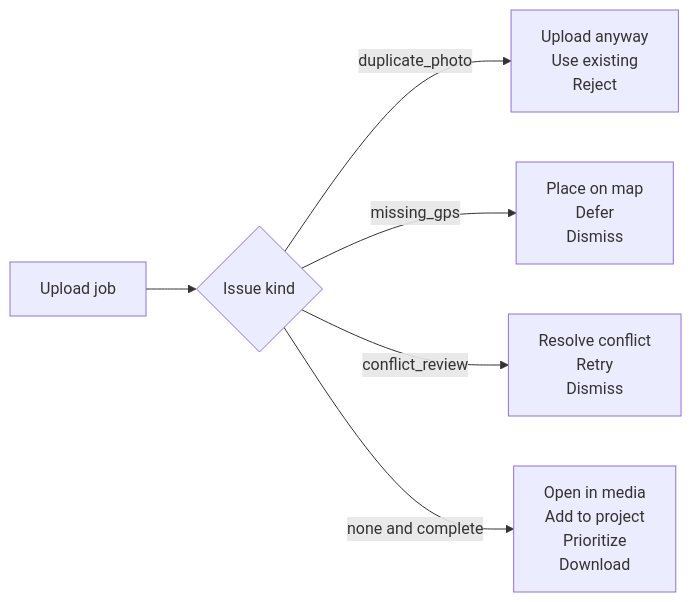
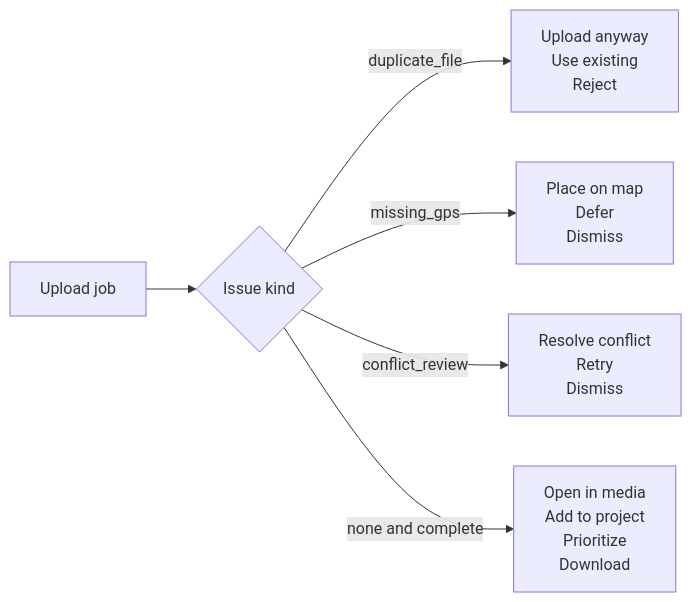
Before and after one commit to matkleve/feldpost: the third of 4 diagrams in docs/specs/service/media-upload-service/upload-manager.md, drawn with Mermaid. The commit also changed other lines of this file and 19 other files, not shown here.

````diff
--- a/docs/specs/service/media-upload-service/upload-manager.md
+++ b/docs/specs/service/media-upload-service/upload-manager.md
@@ -120,8 +120,8 @@
 ```mermaid
 flowchart LR
   A[Upload job] --> B{Issue kind}
-  B -->|duplicate_photo| C[Upload anyway<br/>Use existing<br/>Reject]
+  B -->|duplicate_file| C[Upload anyway<br/>Use existing<br/>Reject]
   B -->|missing_gps| D[Place on map<br/>Defer<br/>Dismiss]
   B -->|conflict_review| E[Resolve conflict<br/>Retry<br/>Dismiss]
   B -->|none and complete| F[Open in media<br/>Add to project<br/>Prioritize<br/>Download]
 ```
````
